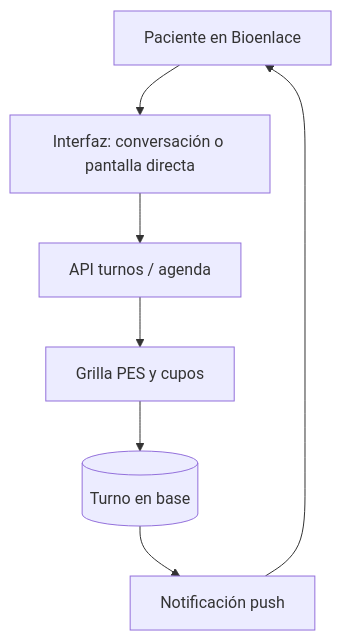
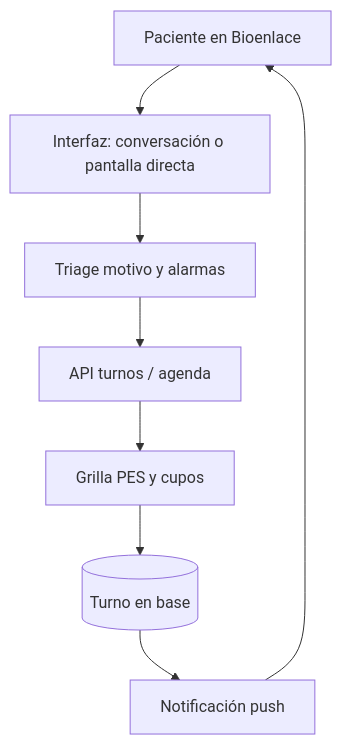
Before and after one commit to luischanferoni/bioenlace: the diagram in web/docs/producto/turnos.md, drawn with Mermaid. The commit also changed other lines of this file and 27 other files, not shown here.

````diff
--- a/web/docs/producto/turnos.md
+++ b/web/docs/producto/turnos.md
@@ -15,15 +15,17 @@
 ```mermaid
 flowchart TB
   P[Paciente en Bioenlace]
   A[Interfaz: conversación o pantalla directa]
+  T[Triage motivo y alarmas]
   API[API turnos / agenda]
   AG[Grilla PES y cupos]
   DB[(Turno en base)]
   PUSH[Notificación push]
   P --> A
-  A --> API
+  A --> T
+  T --> API
   API --> AG
   AG --> DB
   DB --> PUSH
   PUSH --> P
 ```
````
